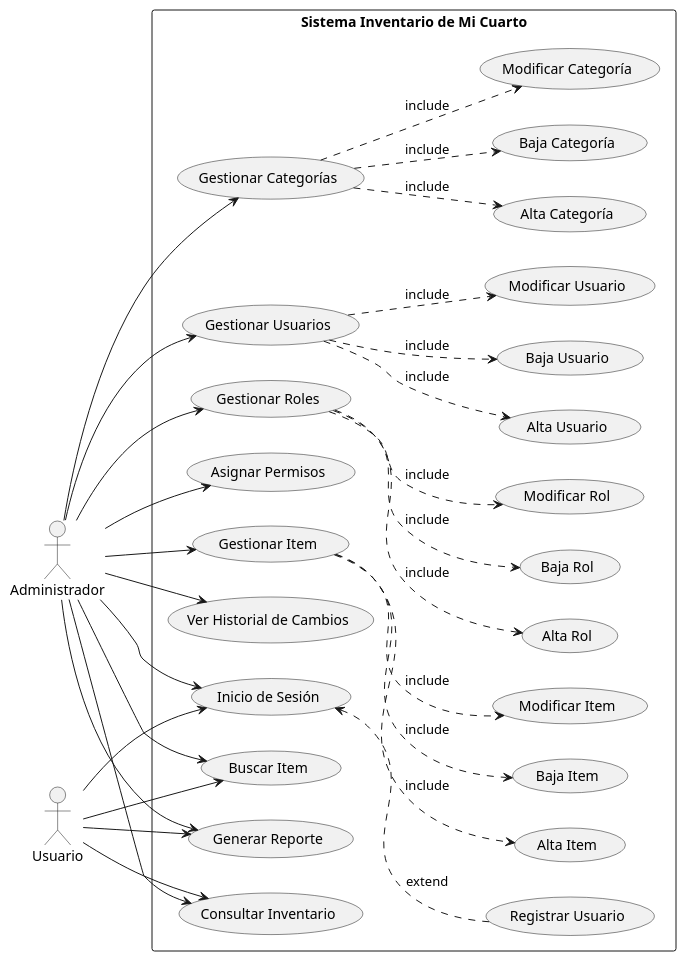
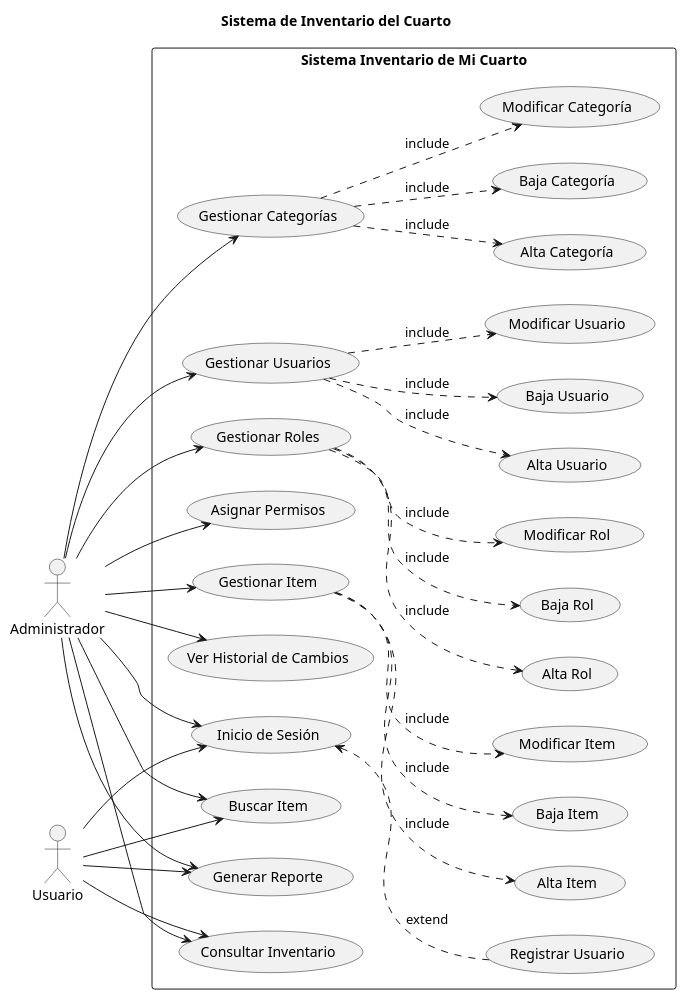
Before and after one commit to ricardouriegas/notas-cuatri7: the diagram in UML-homework.puml, drawn with PlantUML. The commit also changed other lines of this file and 1 other file, not shown here.

```diff
--- a/UML-homework.puml
+++ b/UML-homework.puml
@@ -2,79 +1,80 @@
-@startuml nose
+@startuml cuarto
 ' view in vertical direction
 left to right direction
+title Sistema de Inventario del Cuarto
 
 :Administrador: as Admin
 :Usuario: as User
 
 rectangle "Sistema Inventario de Mi Cuarto" {
     (Inicio de Sesión) as CU0
     (Registrar Usuario) as CU0.1
     (Gestionar Item) as CU1
     (Consultar Inventario) as CU4
     (Buscar Item) as CU5
     (Generar Reporte) as CU6
     (Ver Historial de Cambios) as CU7
     (Gestionar Categorías) as CU8
     (Gestionar Usuarios) as CU10
     (Gestionar Roles) as CU11
     (Asignar Permisos) as CU12
 
     ' item
     (Alta Item) as CU1.1
     (Baja Item) as CU1.2
     (Modificar Item) as CU1.3
 
     ' categoría
     (Alta Categoría) as CU8.1
     (Baja Categoría) as CU8.2
     (Modificar Categoría) as CU8.3
 
     ' usuarios
     (Alta Usuario) as CU10.1
     (Baja Usuario) as CU10.2
     (Modificar Usuario) as CU10.3
 
     ' roles
     (Alta Rol) as CU11.1
     (Baja Rol) as CU11.2
     (Modificar Rol) as CU11.3
 
 
     ' todos los gestionar deben tener include alta, baja, modificación y consulta
     CU1 .-> CU1.1 : include
     CU1 .-> CU1.2 : include
     CU1 .-> CU1.3 : include
 
     CU8 .-> CU8.1 : include
     CU8 .-> CU8.2 : include
     CU8 .-> CU8.3 : include
 
     CU10 .-> CU10.1 : include
     CU10 .-> CU10.2 : include
     CU10 .-> CU10.3 : include
 
     CU11 .-> CU11.1 : include
     CU11 .-> CU11.2 : include
     CU11 .-> CU11.3 : include
 }
 
 CU0 <.- CU0.1 : extend
 
 Admin --> CU0
 Admin --> CU1
 Admin --> CU4
 Admin --> CU5
 Admin --> CU6
 Admin --> CU7
 Admin --> CU8
 Admin --> CU10
 Admin --> CU11
 Admin --> CU12
 
 User --> CU0
 User --> CU4
 User --> CU5
 User --> CU6
 
 
 @enduml
```
